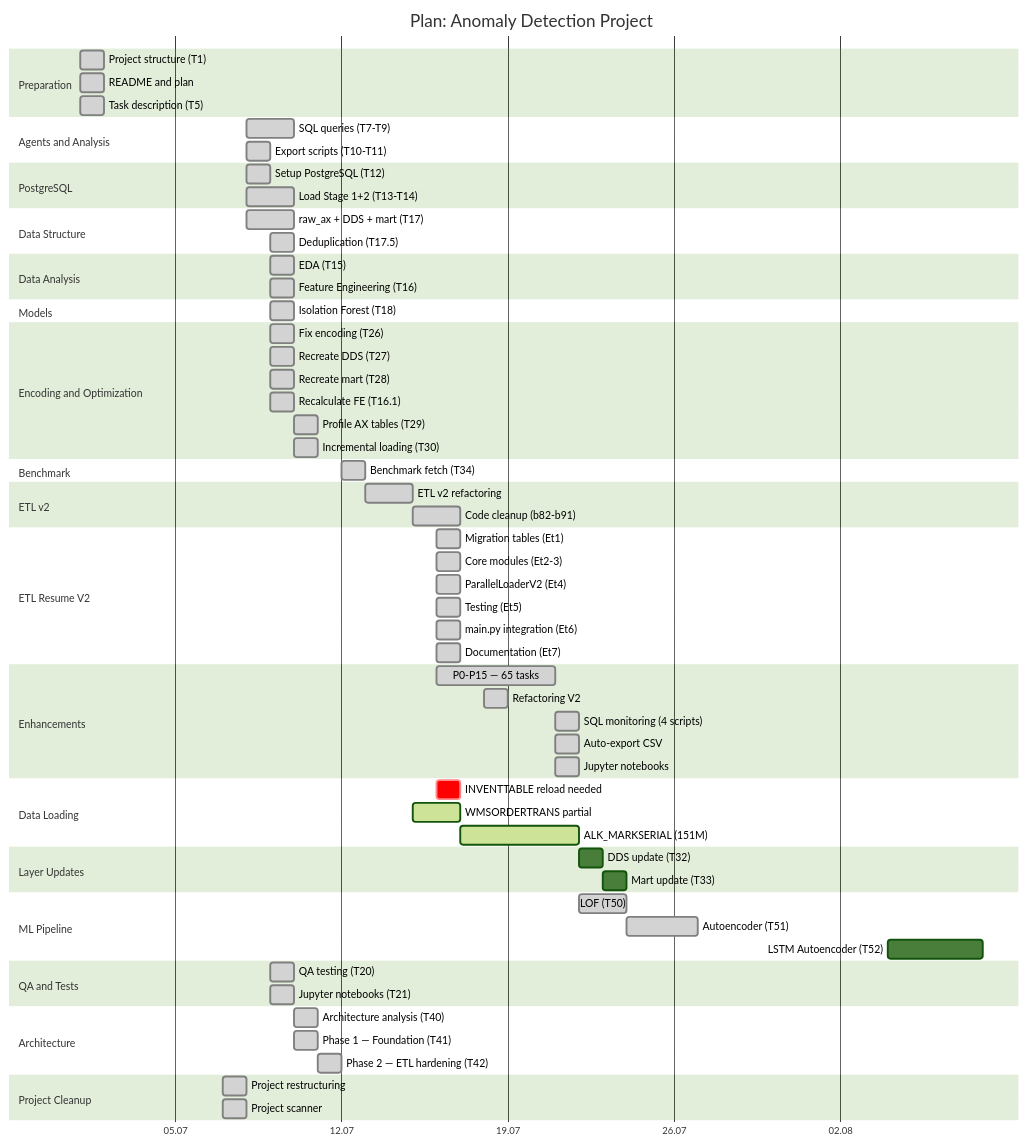
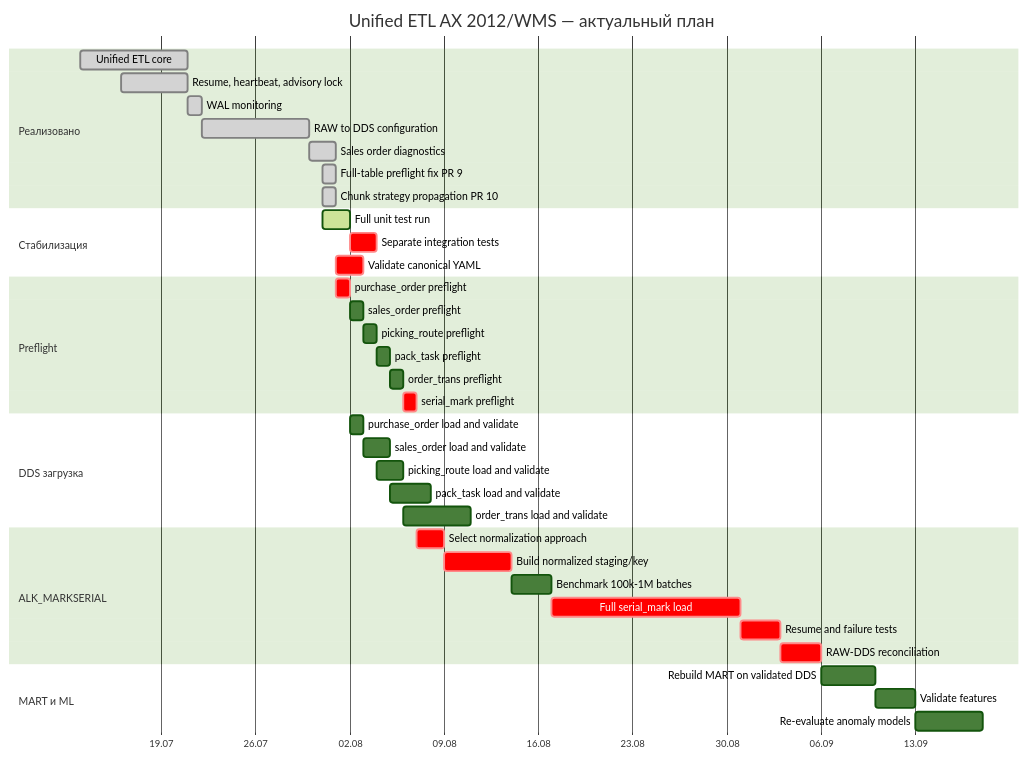
The diagram in bz/Anomaly Detection_V2/gantt.md (eignat88/jira_focus_exporter), drawn with Mermaid (forest theme) before and after one commit. The commit also changed other lines of this file, not shown here.

Commit message:
docs: refresh Unified ETL gantt

````diff
--- a/bz/Anomaly Detection_V2/gantt.md
+++ b/bz/Anomaly Detection_V2/gantt.md
@@ -9,87 +5,48 @@
 ```mermaid
 gantt
-    title Plan: Anomaly Detection Project
+    title Unified ETL AX 2012/WMS — актуальный план
     dateFormat YYYY-MM-DD
     axisFormat %d.%m
 
-    section Preparation
-    Project structure (T1)              :done, t1, 2026-07-01, 1d
-    README and plan                     :done, t2, 2026-07-01, 1d
-    Task description (T5)               :done, t5, 2026-07-01, 1d
+    section Реализовано
+    Unified ETL core                 :done, core, 2026-07-13, 8d
+    Resume, heartbeat, advisory lock :done, resume, 2026-07-16, 5d
+    WAL monitoring                   :done, wal, 2026-07-21, 1d
+    RAW to DDS configuration         :done, cfg, 2026-07-22, 8d
+    Sales order diagnostics          :done, salesdiag, 2026-07-30, 2d
+    Full-table preflight fix PR 9    :done, pr9, 2026-07-31, 1d
+    Chunk strategy propagation PR 10 :done, pr10, 2026-07-31, 1d
 
-    section Agents and Analysis
-    SQL queries (T7-T9)                 :done, t7, 2026-07-08, 2d
-    Export scripts (T10-T11)            :done, t10, 2026-07-08, 1d
+    section Стабилизация
+    Full unit test run               :active, tests, 2026-07-31, 2d
+    Separate integration tests       :crit, inttests, after tests, 2d
+    Validate canonical YAML          :crit, yaml, 2026-08-01, 2d
 
-    section PostgreSQL
-    Setup PostgreSQL (T12)              :done, t12, 2026-07-08, 1d
-    Load Stage 1+2 (T13-T14)           :done, t13, 2026-07-08, 2d
+    section Preflight
+    purchase_order preflight         :crit, po_pre, 2026-08-01, 1d
+    sales_order preflight            :so_pre, after po_pre, 1d
+    picking_route preflight          :pick_pre, after so_pre, 1d
+    pack_task preflight              :pack_pre, after pick_pre, 1d
+    order_trans preflight            :order_pre, after pack_pre, 1d
+    serial_mark preflight            :crit, serial_pre, after order_pre, 1d
 
-    section Data Structure
-    raw_ax + DDS + mart (T17)           :done, t17, 2026-07-08, 2d
-    Deduplication (T17.5)               :done, t175, 2026-07-09, 1d
+    section DDS загрузка
+    purchase_order load and validate :po_load, after po_pre, 1d
+    sales_order load and validate    :so_load, after so_pre, 2d
+    picking_route load and validate  :pick_load, after pick_pre, 2d
+    pack_task load and validate      :pack_load, after pack_pre, 3d
+    order_trans load and validate    :order_load, after order_pre, 5d
 
-    section Data Analysis
-    EDA (T15)                           :done, t15, 2026-07-09, 1d
-    Feature Engineering (T16)           :done, t16, 2026-07-09, 1d
+    section ALK_MARKSERIAL
+    Select normalization approach    :crit, norm_decision, after serial_pre, 2d
+    Build normalized staging/key     :crit, norm_build, after norm_decision, 5d
+    Benchmark 100k-1M batches        :bench, after norm_build, 3d
+    Full serial_mark load            :crit, serial_load, after bench, 14d
+    Resume and failure tests         :crit, resume_test, after serial_load, 3d
+    RAW-DDS reconciliation           :crit, reconcile, after resume_test, 3d
 
-    section Models
-    Isolation Forest (T18)              :done, t18, 2026-07-09, 1d
-
-    section Encoding and Optimization
-    Fix encoding (T26)                  :done, t26b, 2026-07-09, 1d
-    Recreate DDS (T27)                  :done, t27, 2026-07-09, 1d
-    Recreate mart (T28)                 :done, t28, 2026-07-09, 1d
-    Recalculate FE (T16.1)              :done, t161, 2026-07-09, 1d
-    Profile AX tables (T29)             :done, t29, 2026-07-10, 1d
-    Incremental loading (T30)           :done, t30, 2026-07-10, 1d
-
-    section Benchmark
-    Benchmark fetch (T34)               :done, t34, 2026-07-12, 1d
-
-    section ETL v2
-    ETL v2 refactoring                  :done, t60, 2026-07-13, 2d
-    Code cleanup (b82-b91)              :done, t82, 2026-07-15, 2d
-
-    section ETL Resume V2
-    Migration tables (Et1)              :done, et1, 2026-07-16, 1d
-    Core modules (Et2-3)                :done, et2, 2026-07-16, 1d
-    ParallelLoaderV2 (Et4)              :done, et4, 2026-07-16, 1d
-    Testing (Et5)                       :done, et5, 2026-07-16, 1d
-    main.py integration (Et6)           :done, et6, 2026-07-16, 1d
-    Documentation (Et7)                 :done, et7, 2026-07-16, 1d
-
-    section Enhancements
-    P0-P15 — 65 tasks                    :done, p0p15, 2026-07-16, 5d
-    Refactoring V2                      :done, refv2, 2026-07-18, 1d
-    SQL monitoring (4 scripts)          :done, sqlmon, 2026-07-21, 1d
-    Auto-export CSV                     :done, csvexp, 2026-07-21, 1d
-    Jupyter notebooks                   :done, jupyter, 2026-07-21, 1d
-
-    section Data Loading
-    INVENTTABLE reload needed           :crit, t31a2, 2026-07-16, 1d
-    WMSORDERTRANS partial               :active, t31c, 2026-07-15, 2d
-    ALK_MARKSERIAL (151M)               :active, t31b, 2026-07-17, 5d
-
-    section Layer Updates
-    DDS update (T32)                    : t32, after t31b, 1d
-    Mart update (T33)                   : t33, after t32, 1d
-
-    section ML Pipeline
-    LOF (T50)                           :done, t50, 2026-07-22, 2d
-    Autoencoder (T51)                   :done, t51, 2026-07-24, 3d
-    LSTM Autoencoder (T52)              : t52, 2026-08-04, 4d
-
-    section QA and Tests
-    QA testing (T20)                    :done, t20, 2026-07-09, 1d
-    Jupyter notebooks (T21)             :done, t21, 2026-07-09, 1d
-
-    section Architecture
-    Architecture analysis (T40)         :done, t40, 2026-07-10, 1d
-    Phase 1 — Foundation (T41)           :done, t41, 2026-07-10, 1d
-    Phase 2 — ETL hardening (T42)        :done, t42, 2026-07-11, 1d
-
-    section Project Cleanup
-    Project restructuring               :done, cleanup, 2026-07-07, 1d
-    Project scanner                     :done, scanner, 2026-07-07, 1d
+    section MART и ML
+    Rebuild MART on validated DDS    :mart, after reconcile, 4d
+    Validate features                :features, after mart, 3d
+    Re-evaluate anomaly models       :ml, after features, 5d
 ```
````
